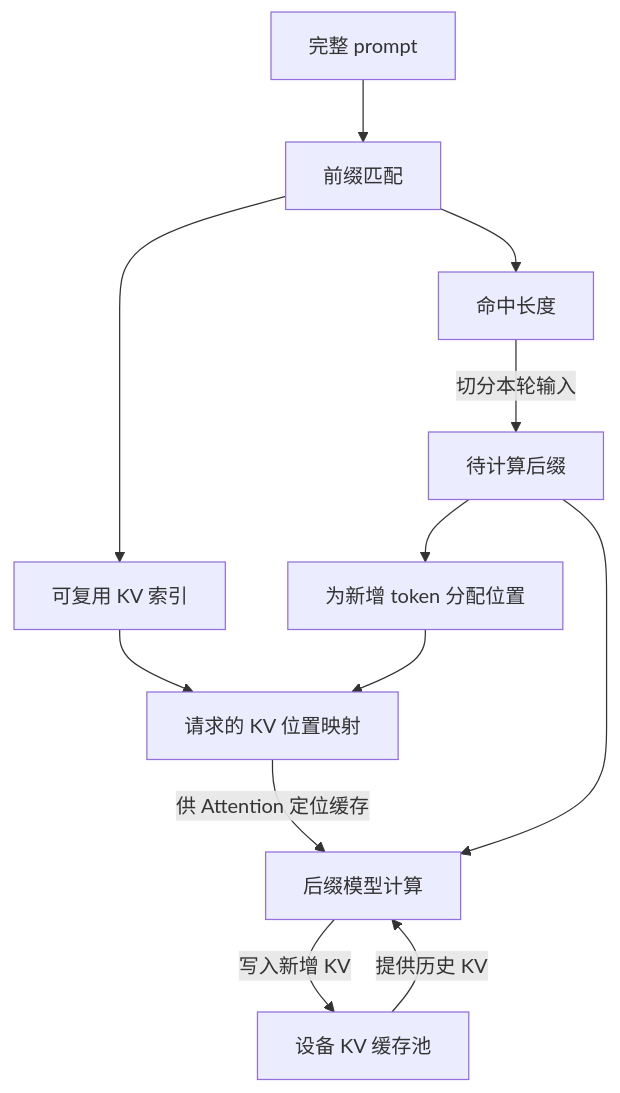
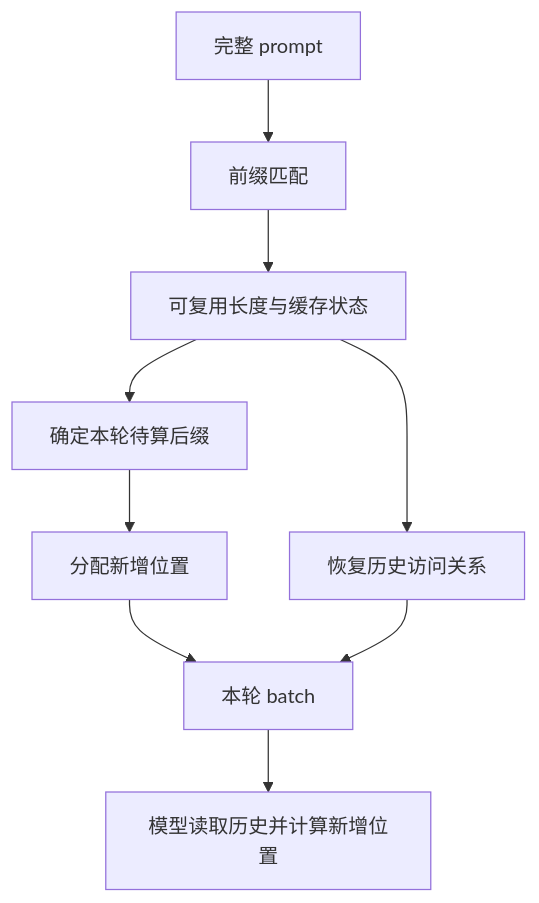
Before and after one commit to AkiYangDev/llm-inference-notes: the third of 9 diagrams in docs/sglang/sglang-ascend-request-lifecycle.md, drawn with Mermaid. The commit also changed other lines of this file and 10 other files, not shown here.

````diff
--- a/docs/sglang/sglang-ascend-request-lifecycle.md
+++ b/docs/sglang/sglang-ascend-request-lifecycle.md
@@ -132,14 +126,11 @@
 ```mermaid
 flowchart TD
     P[完整 prompt] --> M[前缀匹配]
-    M --> C[可复用 KV 索引]
-    M --> H[命中长度]
-    H -->|切分本轮输入| U[待计算后缀]
-    C --> MAP[请求的 KV 位置映射]
-    U --> AL[为新增 token 分配位置]
-    AL --> MAP
-    U --> F[后缀模型计算]
-    MAP -->|供 Attention 定位缓存| F
-    F -->|写入新增 KV| KV[设备 KV 缓存池]
-    KV -->|提供历史 KV| F
+    M --> H[可复用长度与缓存状态]
+    H --> U[确定本轮待算后缀]
+    H --> C[恢复历史访问关系]
+    U --> A[分配新增位置]
+    A --> B[本轮 batch]
+    C --> B
+    B --> F[模型读取历史并计算新增位置]
 ```
````
